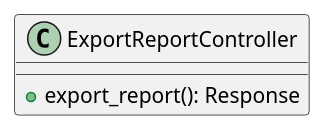
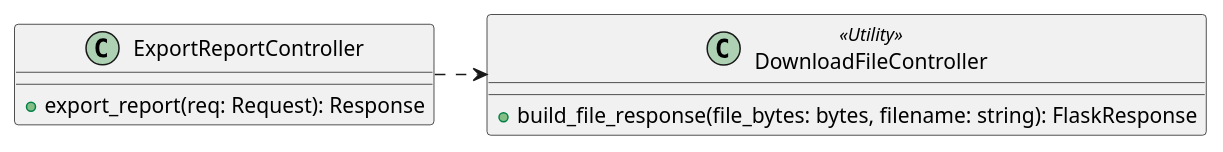
Before and after one commit to GroupRubberDuck/Documentazione: the diagram in src/PB/DocumentazioneEsterna/Specifica_Tecnica/content/uml/puml/Diagrammi_classi/Backend/InboundAdapters/ExportReportController.puml, drawn with PlantUML. The commit also changed 74 other files, not shown here.

Commit message:
Feat: applicate correzioni a tutti i diagrammi con le indicazioni di Cardin, riordino cartella

```diff
--- a/src/PB/DocumentazioneEsterna/Specifica_Tecnica/content/uml/puml/Diagrammi_classi/Backend/InboundAdapters/ExportReportController.puml
+++ b/src/PB/DocumentazioneEsterna/Specifica_Tecnica/content/uml/puml/Diagrammi_classi/Backend/InboundAdapters/ExportReportController.puml
@@ -1,7 +1,12 @@
 @startuml ExportReportController
 
 class ExportReportController {
-    + export_report(): Response
+    + export_report(req: Request): Response
 }
 
+class DownloadFileController <<Utility>> {
+    + build_file_response(file_bytes: bytes, filename: string): FlaskResponse
+}
+ExportReportController .r.> DownloadFileController
+
 @enduml
```
